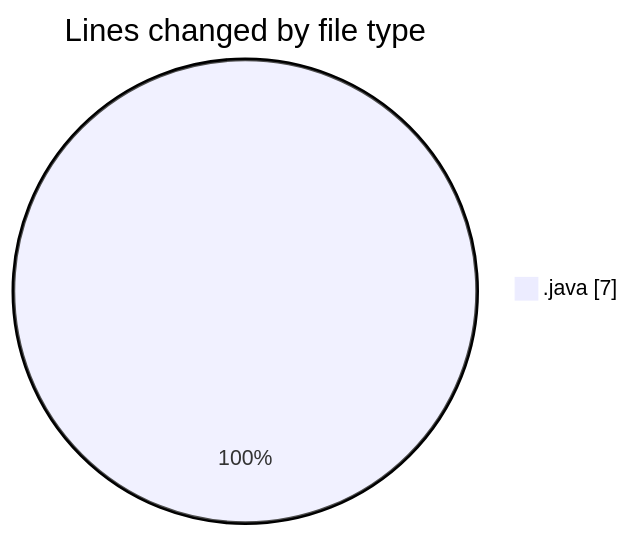
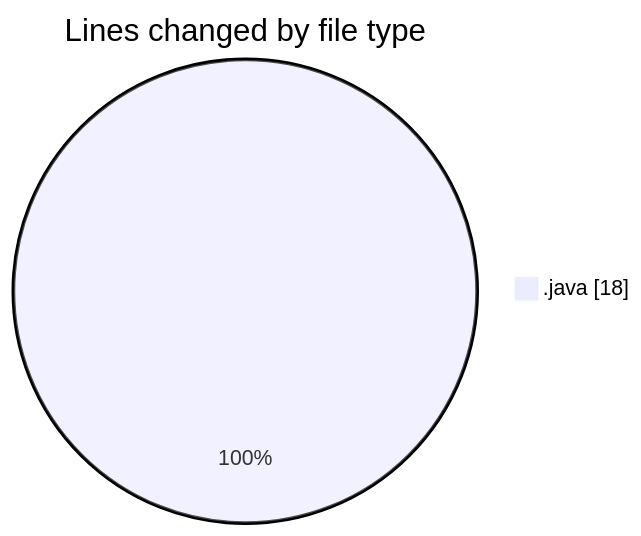
Before and after one commit to hasnaa123/code-tracking: the first of 2 diagrams in 2026-10-25/taskforge/README.md, drawn with Mermaid. The commit also changed other lines of this file and 1 other file, not shown here.

````diff
--- a/2026-10-25/taskforge/README.md
+++ b/2026-10-25/taskforge/README.md
@@ -20,5 +20,5 @@
 ```mermaid
 pie showData
 title Lines changed by file type
-".java" : 7
+".java" : 18
 ```
````
